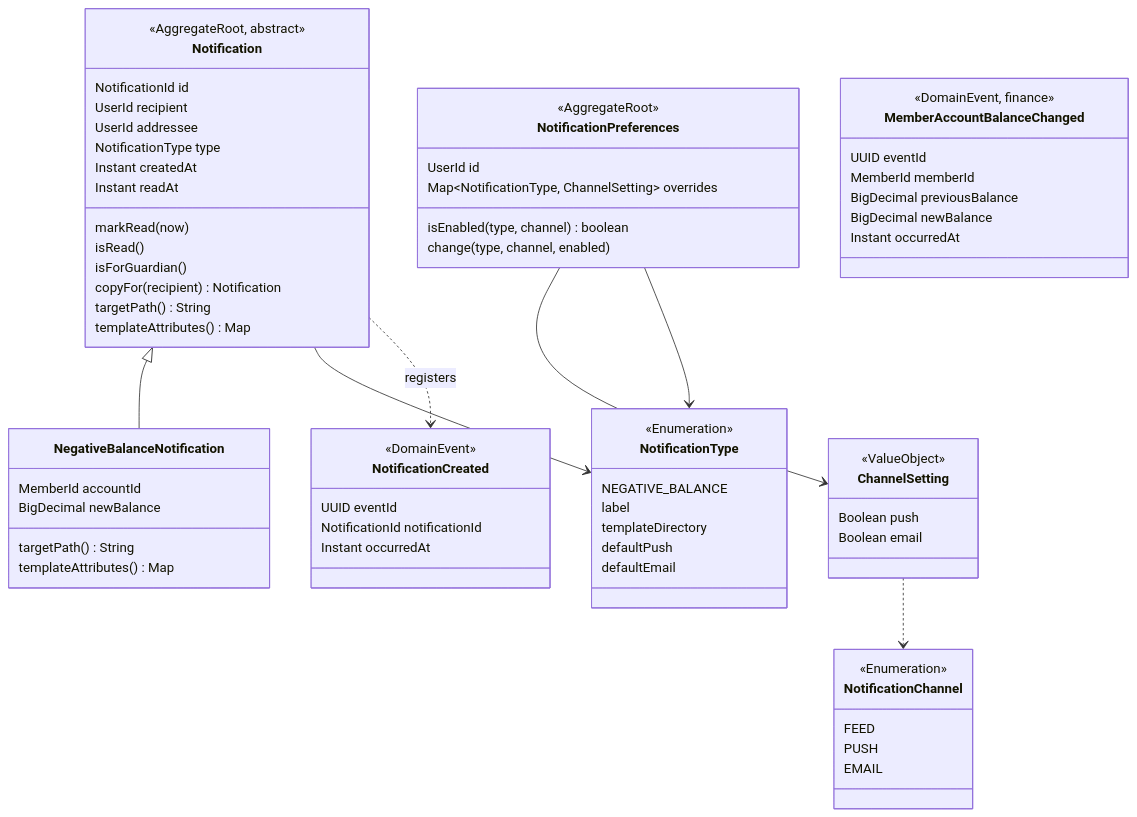
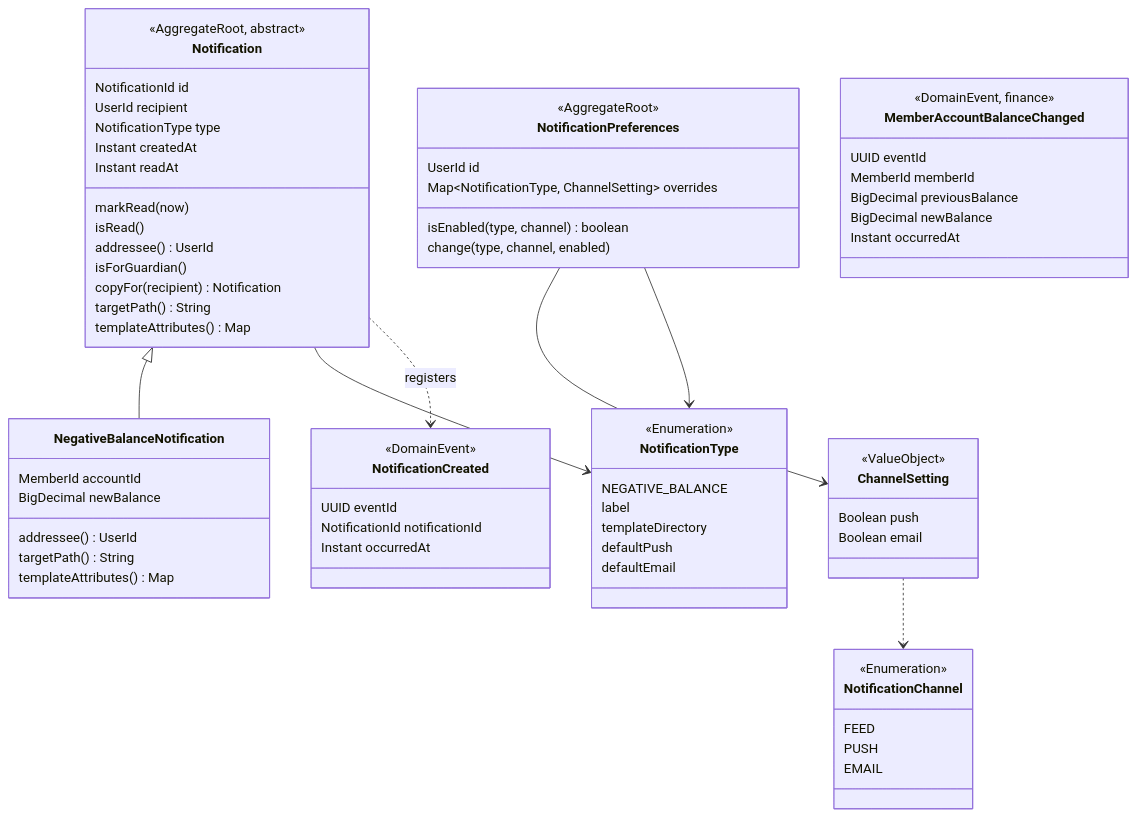
Before and after one commit to zabiny/klabis: the second of 2 diagrams in openspec/changes/introduce-notification-feed/design.md, drawn with Mermaid. The commit also changed other lines of this file and 1 other file, not shown here.

First line of the commit message:
docs(openspec): derive the notification addressee from its source

````diff
--- a/openspec/changes/introduce-notification-feed/design.md
+++ b/openspec/changes/introduce-notification-feed/design.md
@@ -150,70 +150,71 @@
 ```mermaid
 classDiagram
     class Notification {
         <<AggregateRoot, abstract>>
         NotificationId id
         UserId recipient
-        UserId addressee
         NotificationType type
         Instant createdAt
         Instant readAt
         markRead(now)
         isRead()
+        addressee() UserId
         isForGuardian()
         copyFor(recipient) Notification
         targetPath() String
         templateAttributes() Map
     }
     class NegativeBalanceNotification {
         MemberId accountId
         BigDecimal newBalance
+        addressee() UserId
         targetPath() String
         templateAttributes() Map
     }
     class NotificationPreferences {
         <<AggregateRoot>>
         UserId id
         Map~NotificationType, ChannelSetting~ overrides
         isEnabled(type, channel) boolean
         change(type, channel, enabled)
     }
     class ChannelSetting {
         <<ValueObject>>
         Boolean push
         Boolean email
     }
     class NotificationType {
         <<Enumeration>>
         NEGATIVE_BALANCE
         label
         templateDirectory
         defaultPush
         defaultEmail
     }
     class NotificationChannel {
         <<Enumeration>>
         FEED
         PUSH
         EMAIL
     }
     class NotificationCreated {
         <<DomainEvent>>
         UUID eventId
         NotificationId notificationId
         Instant occurredAt
     }
     class MemberAccountBalanceChanged {
         <<DomainEvent, finance>>
         UUID eventId
         MemberId memberId
         BigDecimal previousBalance
         BigDecimal newBalance
         Instant occurredAt
     }
     Notification <|-- NegativeBalanceNotification
     Notification --> NotificationType
     Notification ..> NotificationCreated : registers
     NotificationPreferences --> ChannelSetting
     NotificationPreferences --> NotificationType
     ChannelSetting ..> NotificationChannel
 ```
````
